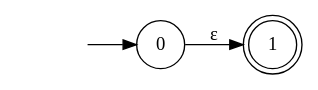
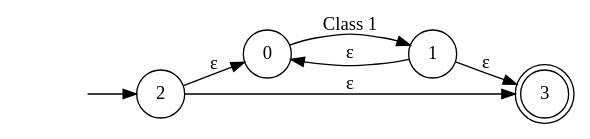
The diagram in nfa.dot (osiute/lisp-regex-library), drawn with Graphviz before and after one commit. The commit also changed 1 other file, not shown here.

```diff
--- a/nfa.dot
+++ b/nfa.dot
@@ -1,8 +1,14 @@
 digraph NFA {
   rankdir=LR;
   start [shape=none, label=""];
-  start -> node0;
+  start -> node2;
   node0 [label="0", shape=circle];
-  node0 -> node1 [label="ε"];
-  node1 [label="1", shape=doublecircle];
+  node0 -> node1 [label="Class 1"];
+  node1 [label="1", shape=circle];
+  node1 -> node3 [label="ε"];
+  node1 -> node0 [label="ε"];
+  node2 [label="2", shape=circle];
+  node2 -> node3 [label="ε"];
+  node2 -> node0 [label="ε"];
+  node3 [label="3", shape=doublecircle];
 }
```
